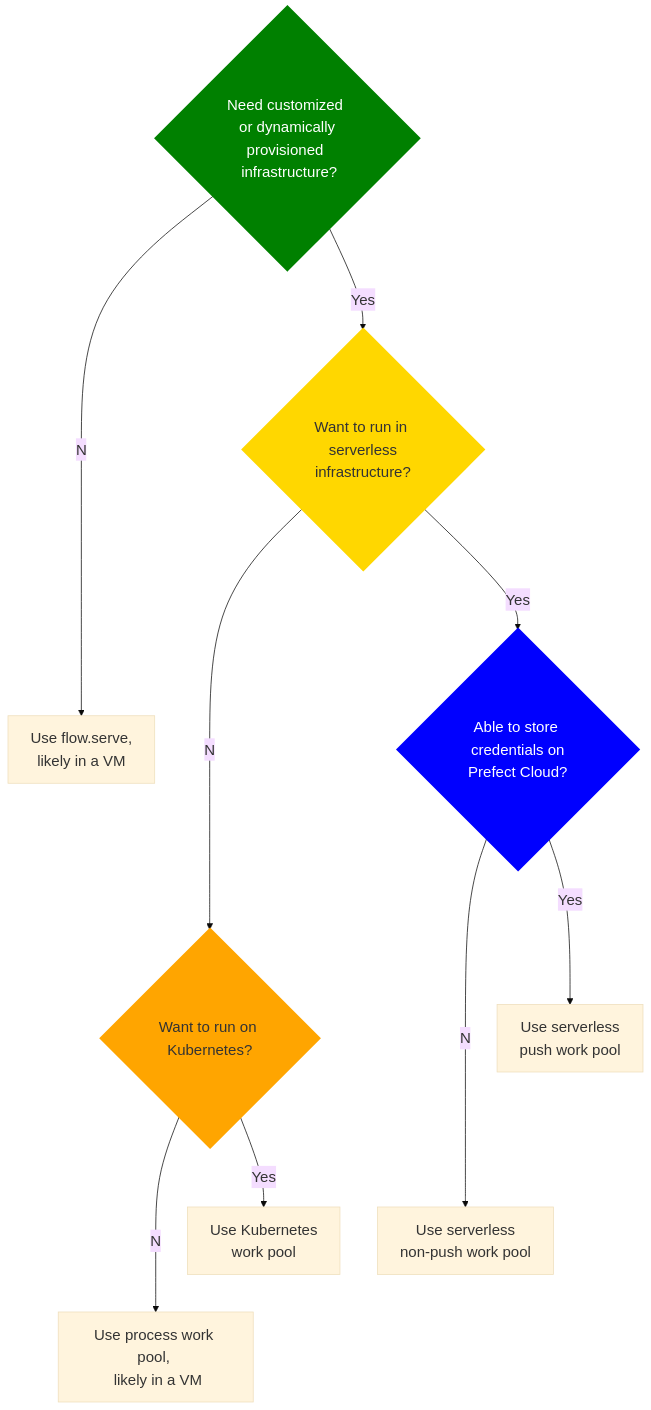
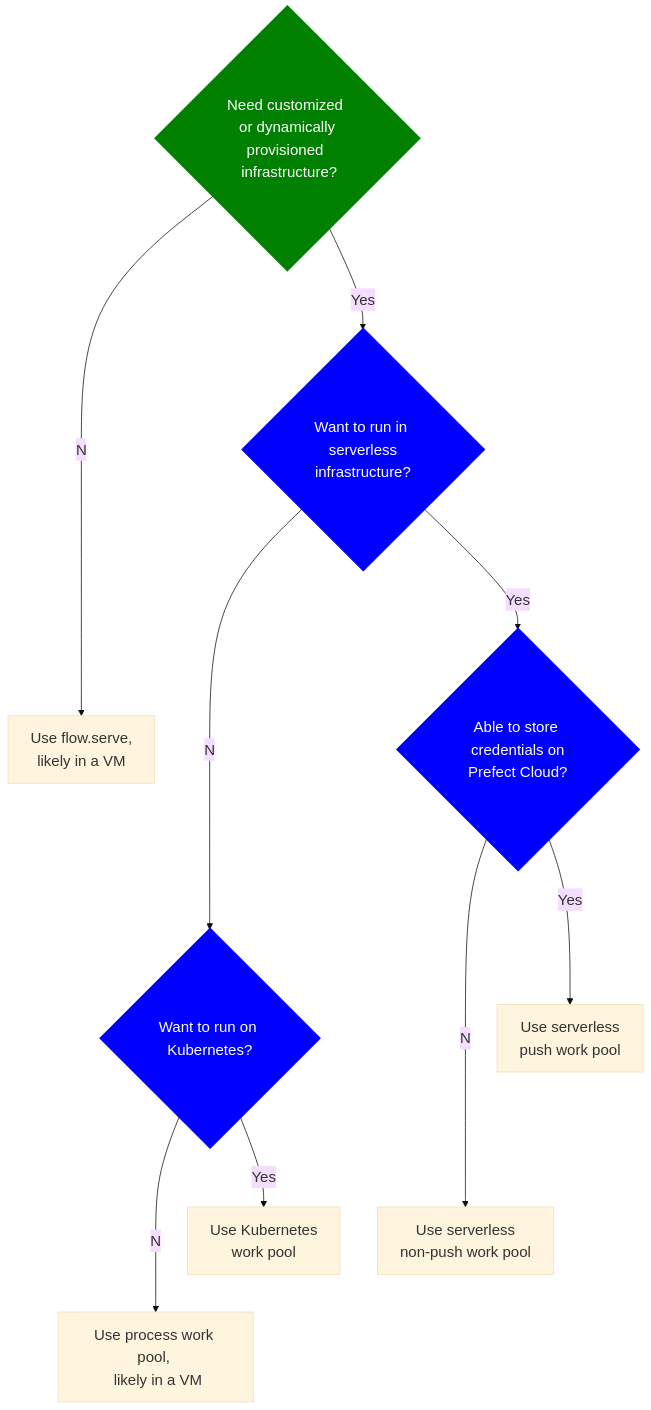
One commit to PrefectHQ/prefect changed the diagram in docs/guides/deployment/choosing.md. Above: the diagram before and after it, drawn with Mermaid.

Commit message:
update colors

````diff
--- a/docs/guides/deployment/choosing.md
+++ b/docs/guides/deployment/choosing.md
@@ -23,36 +23,36 @@
 ```mermaid
 %%{
   init: {
     'theme': 'base',
     'themeVariables': {
       'fontSize': '20px'
     }
   }
 }%%
 
 flowchart TD
     A{Need customized <br> or dynamically provisioned <br> infrastructure?}:::green--No-->B[Use flow.serve, <br> likely in a VM]
-    A--Yes-->C{Want to run in <br> serverless infrastructure?}:::yellow
-    C--No-->D{Want to run on Kubernetes?}:::orange
+    A--Yes-->C{Want to run in <br> serverless infrastructure?}:::blue
+    C--No-->D{Want to run on Kubernetes?}:::blue
     C--Yes-->E{Able to store <br> credentials on Prefect Cloud?}:::blue
     D--No-->F[Use process work pool, <br> likely in a VM]
     D--Yes-->G[Use Kubernetes <br> work pool]
     E--No-->H[Use serverless <br> non-push work pool]
     E--Yes-->I[Use serverless <br> push work pool]
   
 
     click B "/tutorial/deployments/" _blank
     click F "/" _blank
     click G "/guides/deployment/kubernetes/" _blank
     click H "https://prefecthq.github.io/prefect-aws/#using-prefect-with-aws-ecs/" _blank
     click I "/guides/deployment/push-work-pools/" _blank
 
     classDef gold fill:goldenrod,stroke:goldenrod,stroke-width:4px
     classDef yellow fill:gold,stroke:gold,stroke-width:4px:black
     classDef gray fill:lightgray,stroke:lightgray,stroke-width:4px
     classDef blue fill:blue,stroke:blue,stroke-width:4px,color:white
     classDef green fill:green,stroke:green,stroke-width:4px,color:white
     classDef red fill:red,stroke:red,stroke-width:4px,color:white
     classDef orange fill:orange,stroke:orange,stroke-width:4px:black
     classDef dkgray fill:darkgray,stroke:darkgray,stroke-width:4px,color:white
 ```
````
